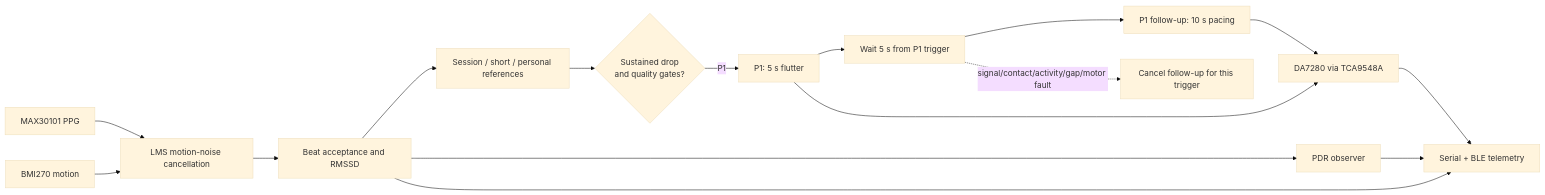
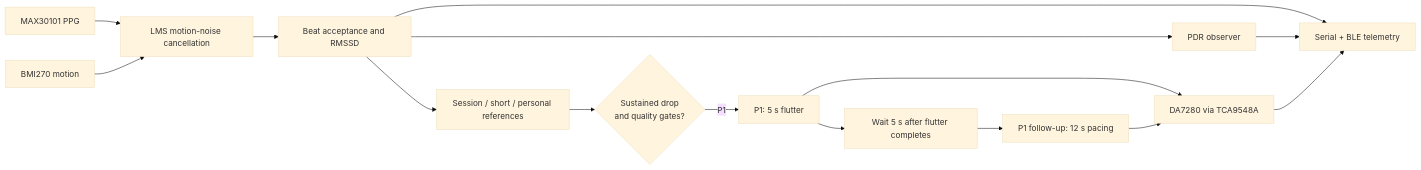
Before and after one commit to rohanbaichwal1-rgb/Sutra: the first of 3 diagrams in docs/README.md, drawn with Mermaid (base theme). The commit also changed other lines of this file and 5 other files, not shown here.

````diff
--- a/docs/README.md
+++ b/docs/README.md
@@ -22,18 +22,17 @@
 ```mermaid
 flowchart LR
     PPG[MAX30101 PPG] --> Clean[LMS motion-noise cancellation]
     IMU[BMI270 motion] --> Clean
     Clean --> Beat[Beat acceptance and RMSSD]
     Beat --> Ref[Session / short / personal references]
     Beat --> PDR[PDR observer]
     Ref --> Trigger{Sustained drop<br/>and quality gates?}
     Trigger -- P1 --> Flutter[P1: 5 s flutter]
-    Flutter --> Delay[Wait 5 s from P1 trigger]
-    Delay --> Sweep[P1 follow-up: 10 s pacing]
-    Delay -. signal/contact/activity/gap/motor fault .-> Cancel[Cancel follow-up for this trigger]
+    Flutter --> Delay[Wait 5 s after flutter completes]
+    Delay --> Sweep[P1 follow-up: 12 s pacing]
     Flutter --> Driver[DA7280 via TCA9548A]
     Sweep --> Driver
     Beat --> Report[Serial + BLE telemetry]
     PDR --> Report
     Driver --> Report
 ```
````
